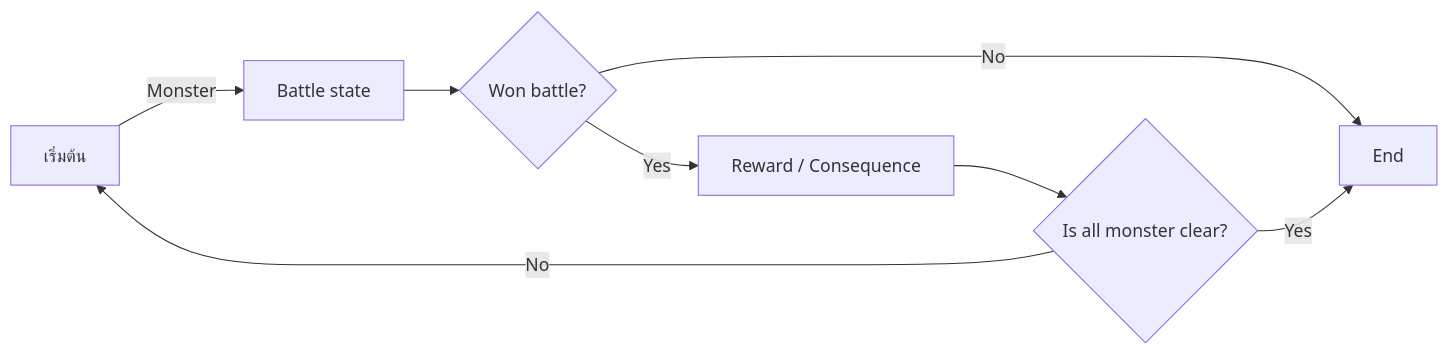
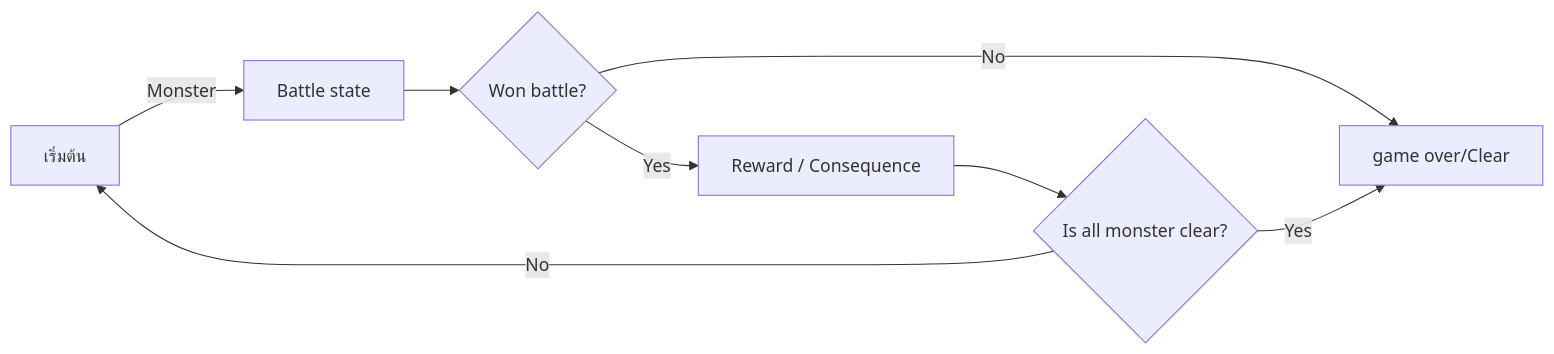
Before and after one commit to ArissamanSLM/Dg225-Team10_Project_Lobotomy: the diagram in 01-core-loop.md, drawn with Mermaid.

Commit message:
Update game over message in flowchart

````diff
--- a/01-core-loop.md
+++ b/01-core-loop.md
@@ -10,12 +10,12 @@
 ```mermaid
 flowchart LR
     A[เริ่มต้น] -- Monster --> B[Battle state]
     B --> C{Won battle?}
     C -- Yes --> D[Reward / Consequence]
-    C -- No --> E[End]
+    C -- No --> E[game over/Clear]
     D --> F{Is all monster clear?}
     F -- Yes --> E
     F -- No --> A
     
 
 ```
````
